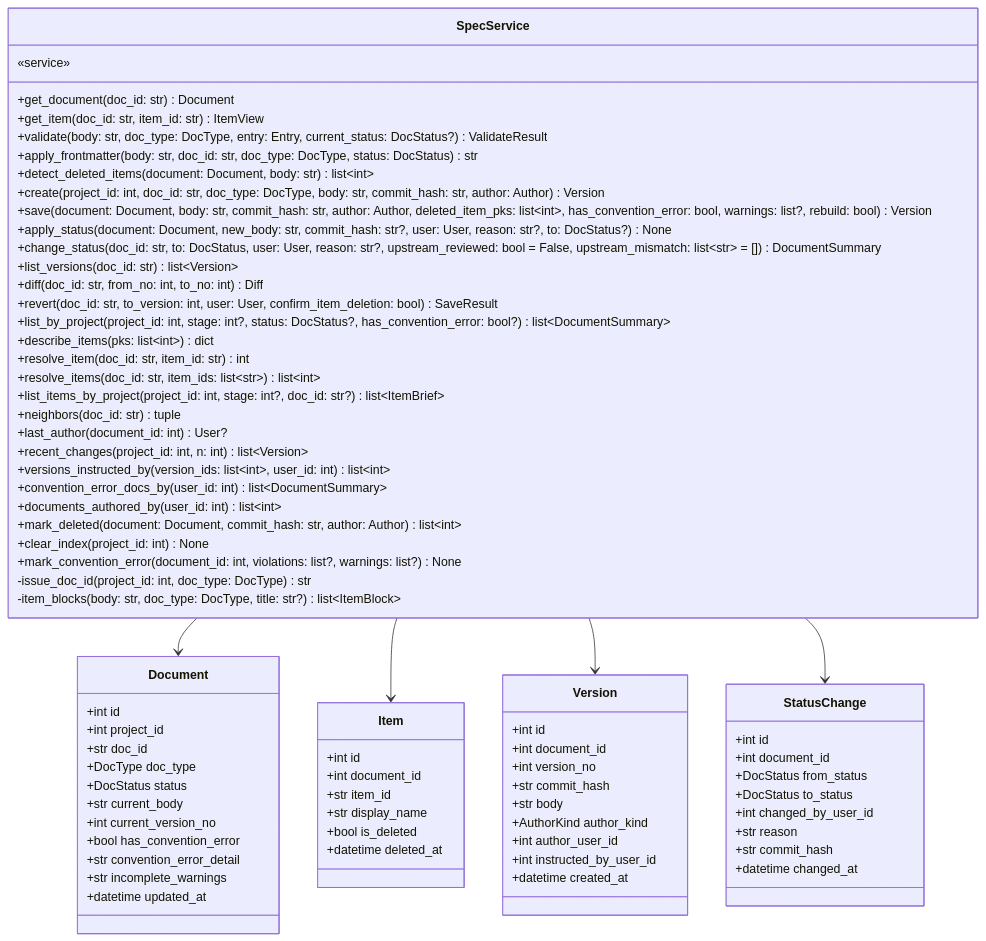
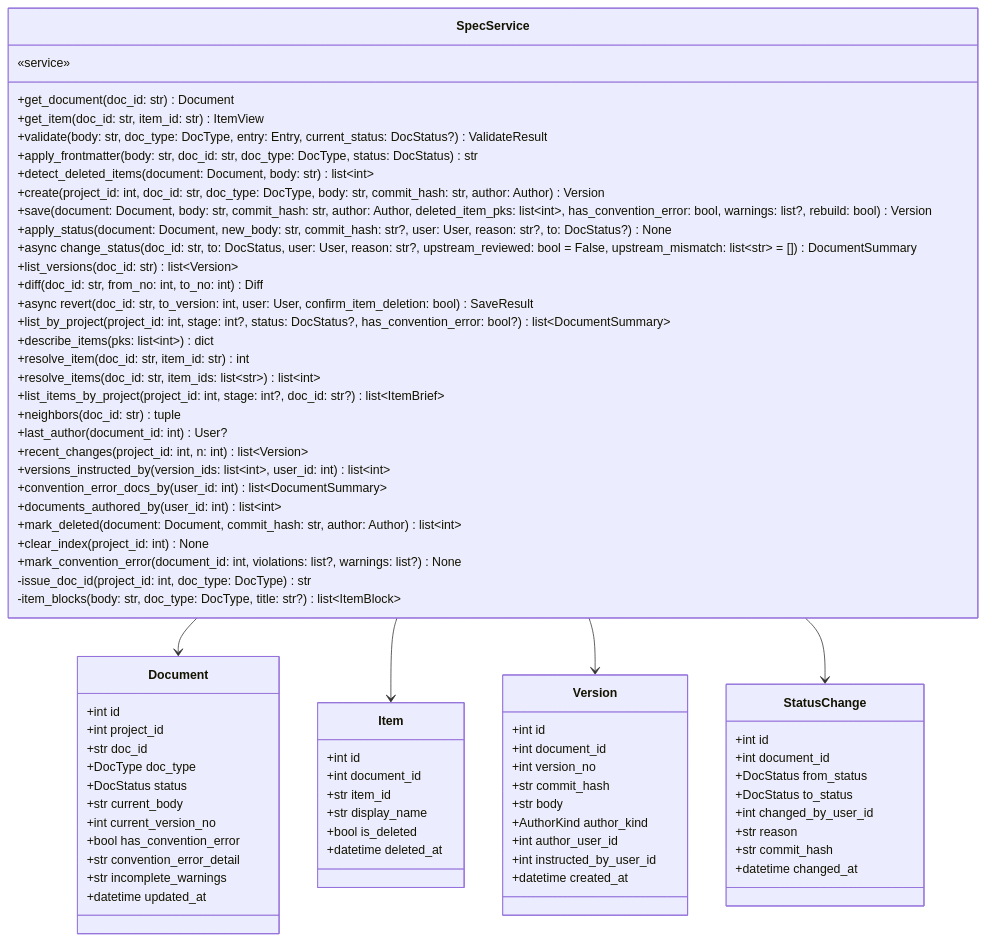
Diagram 16 of 20 in docs/specs/DOM/SYNC-DOM-002.md (HoyoungParkme/syncdoc), drawn with Mermaid before and after one commit. The commit also changed other lines of this file, not shown here.

First line of the commit message:
spec(SYNC-DOM-002): 1장 core/types.py·errors.py 추가, Reference.from_document_id·PropagationDecision.*_pks, async 표기, commit_push 시그니처

````diff
--- a/docs/specs/DOM/SYNC-DOM-002.md
+++ b/docs/specs/DOM/SYNC-DOM-002.md
@@ -530,80 +535,80 @@
 ```mermaid
 classDiagram
     class SpecService {
         «service»
         +get_document(doc_id: str) Document
         +get_item(doc_id: str, item_id: str) ItemView
         +validate(body: str, doc_type: DocType, entry: Entry, current_status: DocStatus?) ValidateResult
         +apply_frontmatter(body: str, doc_id: str, doc_type: DocType, status: DocStatus) str
         +detect_deleted_items(document: Document, body: str) list~int~
         +create(project_id: int, doc_id: str, doc_type: DocType, body: str, commit_hash: str, author: Author) Version
         +save(document: Document, body: str, commit_hash: str, author: Author, deleted_item_pks: list~int~, has_convention_error: bool, warnings: list?, rebuild: bool) Version
         +apply_status(document: Document, new_body: str, commit_hash: str?, user: User, reason: str?, to: DocStatus?) None
-        +change_status(doc_id: str, to: DocStatus, user: User, reason: str?, upstream_reviewed: bool = False, upstream_mismatch: list~str~ = []) DocumentSummary
+        +async change_status(doc_id: str, to: DocStatus, user: User, reason: str?, upstream_reviewed: bool = False, upstream_mismatch: list~str~ = []) DocumentSummary
         +list_versions(doc_id: str) list~Version~
         +diff(doc_id: str, from_no: int, to_no: int) Diff
-        +revert(doc_id: str, to_version: int, user: User, confirm_item_deletion: bool) SaveResult
+        +async revert(doc_id: str, to_version: int, user: User, confirm_item_deletion: bool) SaveResult
         +list_by_project(project_id: int, stage: int?, status: DocStatus?, has_convention_error: bool?) list~DocumentSummary~
         +describe_items(pks: list~int~) dict
         +resolve_item(doc_id: str, item_id: str) int
         +resolve_items(doc_id: str, item_ids: list~str~) list~int~
         +list_items_by_project(project_id: int, stage: int?, doc_id: str?) list~ItemBrief~
         +neighbors(doc_id: str) tuple
         +last_author(document_id: int) User?
         +recent_changes(project_id: int, n: int) list~Version~
         +versions_instructed_by(version_ids: list~int~, user_id: int) list~int~
         +convention_error_docs_by(user_id: int) list~DocumentSummary~
         +documents_authored_by(user_id: int) list~int~
         +mark_deleted(document: Document, commit_hash: str, author: Author) list~int~
         +clear_index(project_id: int) None
         +mark_convention_error(document_id: int, violations: list?, warnings: list?) None
         -issue_doc_id(project_id: int, doc_type: DocType) str
         -item_blocks(body: str, doc_type: DocType, title: str?) list~ItemBlock~
     }
     class Document {
         +int id
         +int project_id
         +str doc_id
         +DocType doc_type
         +DocStatus status
         +str current_body
         +int current_version_no
         +bool has_convention_error
         +str convention_error_detail
         +str incomplete_warnings
         +datetime updated_at
     }
     class Item {
         +int id
         +int document_id
         +str item_id
         +str display_name
         +bool is_deleted
         +datetime deleted_at
     }
     class Version {
         +int id
         +int document_id
         +int version_no
         +str commit_hash
         +str body
         +AuthorKind author_kind
         +int author_user_id
         +int instructed_by_user_id
         +datetime created_at
     }
     class StatusChange {
         +int id
         +int document_id
         +DocStatus from_status
         +DocStatus to_status
         +int changed_by_user_id
         +str reason
         +str commit_hash
         +datetime changed_at
     }
     SpecService --> Document
     SpecService --> Item
     SpecService --> Version
     SpecService --> StatusChange
 ```
````
